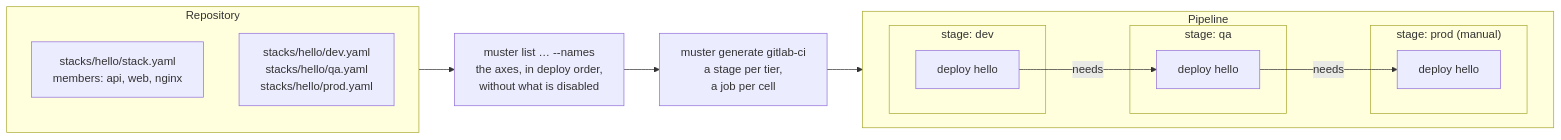
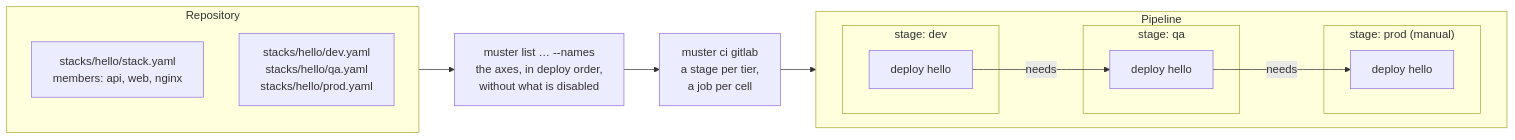
The first of 2 diagrams in MATRIX.md (britzc/muster), drawn with Mermaid before and after one commit. The commit also changed 22 other files, not shown here.

````diff
--- a/MATRIX.md
+++ b/MATRIX.md
@@ -32,27 +32,27 @@
 ```mermaid
 flowchart LR
     subgraph repo["Repository"]
         direction TB
         st["stacks/hello/stack.yaml<br/>members: api, web, nginx"]
         envs["stacks/hello/dev.yaml<br/>stacks/hello/qa.yaml<br/>stacks/hello/prod.yaml"]
     end
 
     list["muster list … --names<br/>the axes, in deploy order,<br/>without what is disabled"]
-    gen["muster generate gitlab-ci<br/>a stage per tier,<br/>a job per cell"]
+    gen["muster ci gitlab<br/>a stage per tier,<br/>a job per cell"]
 
     subgraph pipeline["Pipeline"]
         direction LR
         subgraph dev["stage: dev"]
             d1["deploy hello"]
         end
         subgraph qa["stage: qa"]
             q1["deploy hello"]
         end
         subgraph prod["stage: prod (manual)"]
             p1["deploy hello"]
         end
         d1 -- needs --> q1 -- needs --> p1
     end
 
     repo --> list --> gen --> pipeline
 ```
````
